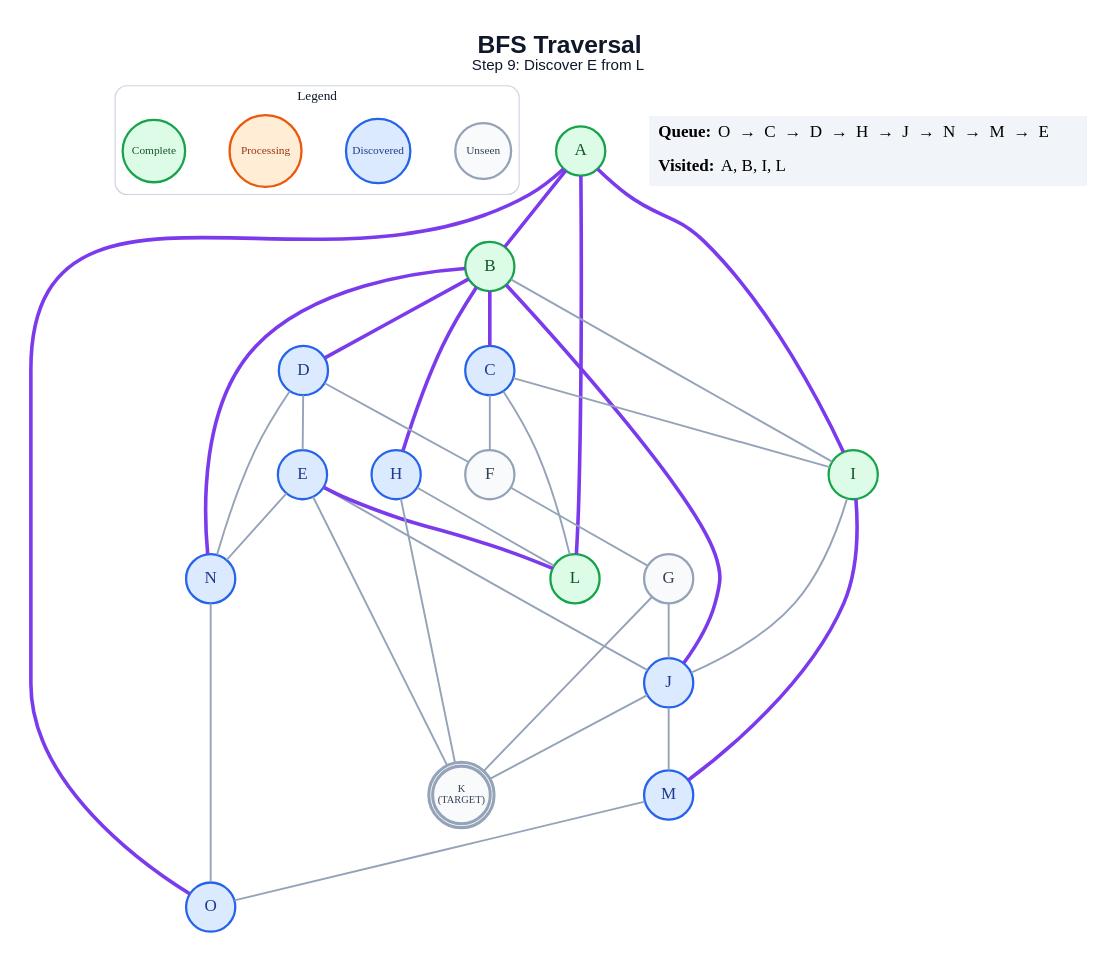
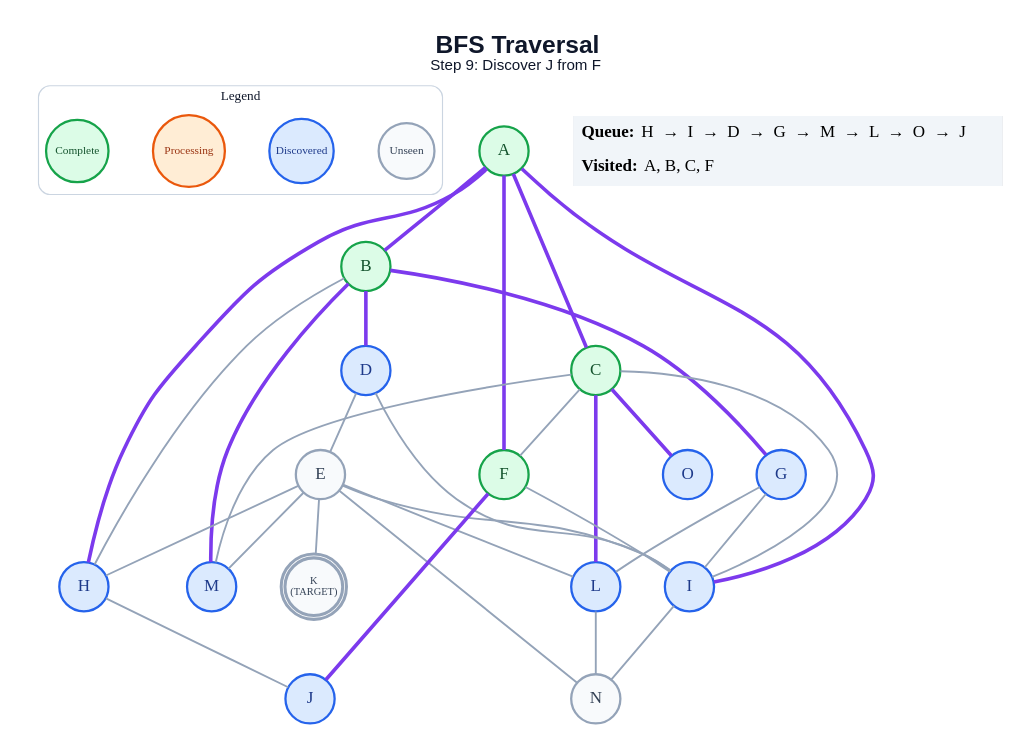
The diagram in generated/short-circuit/bfs/step_09.dot (anon7238593-create/ai-slop), drawn with Graphviz before and after one commit. The commit also changed 270 other files, not shown here.

```diff
--- a/generated/short-circuit/bfs/step_09.dot
+++ b/generated/short-circuit/bfs/step_09.dot
@@ -1,65 +1,63 @@
 graph traversal {
   graph [layout=dot, rankdir=TB, bgcolor="#FFFFFF", pad="0.35", nodesep="0.65", ranksep="0.8", fontname="Arial"];
   node [shape=circle, style="filled", fontname="Arial Bold", fontsize=18, width=0.72, fixedsize=true, penwidth=2.4];
   edge [color="#94A3B8", penwidth=2.0];
-  label=<<B>BFS Traversal</B><BR/><FONT POINT-SIZE="16">Step 9: Discover E from L</FONT>>; labelloc="t"; fontsize=26; fontname="Arial"; fontcolor="#0F172A";
+  label=<<B>BFS Traversal</B><BR/><FONT POINT-SIZE="16">Step 9: Discover J from F</FONT>>; labelloc="t"; fontsize=26; fontname="Arial"; fontcolor="#0F172A";
   subgraph cluster_legend { label="Legend"; color="#CBD5E1"; penwidth=1.2; style="rounded"; fontsize=14; fontname="Arial Bold";
     key_unseen [label="Unseen", fillcolor="#F8FAFC", color="#94A3B8", fontcolor="#334155", fontsize=12, width=0.82];
     key_frontier [label="Discovered", fillcolor="#DBEAFE", color="#2563EB", fontcolor="#1E3A8A", fontsize=12, width=0.95];
     key_current [label="Processing", fillcolor="#FFEDD5", color="#EA580C", fontcolor="#9A3412", fontsize=12, width=1.05];
     key_done [label="Complete", fillcolor="#DCFCE7", color="#16A34A", fontcolor="#14532D", fontsize=12, width=0.92];
     { rank=same; key_unseen; key_frontier; key_current; key_done; }
   }
   A [label="A", fillcolor="#DCFCE7", color="#16A34A", fontcolor="#14532D", peripheries=1, penwidth=2.4];
   B [label="B", fillcolor="#DCFCE7", color="#16A34A", fontcolor="#14532D", peripheries=1, penwidth=2.4];
-  C [label="C", fillcolor="#DBEAFE", color="#2563EB", fontcolor="#1E3A8A", peripheries=1, penwidth=2.4];
+  C [label="C", fillcolor="#DCFCE7", color="#16A34A", fontcolor="#14532D", peripheries=1, penwidth=2.4];
   D [label="D", fillcolor="#DBEAFE", color="#2563EB", fontcolor="#1E3A8A", peripheries=1, penwidth=2.4];
-  E [label="E", fillcolor="#DBEAFE", color="#2563EB", fontcolor="#1E3A8A", peripheries=1, penwidth=2.4];
-  F [label="F", fillcolor="#F8FAFC", color="#94A3B8", fontcolor="#334155", peripheries=1, penwidth=2.4];
-  G [label="G", fillcolor="#F8FAFC", color="#94A3B8", fontcolor="#334155", peripheries=1, penwidth=2.4];
+  E [label="E", fillcolor="#F8FAFC", color="#94A3B8", fontcolor="#334155", peripheries=1, penwidth=2.4];
+  F [label="F", fillcolor="#DCFCE7", color="#16A34A", fontcolor="#14532D", peripheries=1, penwidth=2.4];
+  G [label="G", fillcolor="#DBEAFE", color="#2563EB", fontcolor="#1E3A8A", peripheries=1, penwidth=2.4];
   H [label="H", fillcolor="#DBEAFE", color="#2563EB", fontcolor="#1E3A8A", peripheries=1, penwidth=2.4];
-  I [label="I", fillcolor="#DCFCE7", color="#16A34A", fontcolor="#14532D", peripheries=1, penwidth=2.4];
+  I [label="I", fillcolor="#DBEAFE", color="#2563EB", fontcolor="#1E3A8A", peripheries=1, penwidth=2.4];
   J [label="J", fillcolor="#DBEAFE", color="#2563EB", fontcolor="#1E3A8A", peripheries=1, penwidth=2.4];
   K [label="K\n(TARGET)", fillcolor="#F8FAFC", color="#94A3B8", fontcolor="#334155", peripheries=2, penwidth=3.2, fontsize=11, width=0.85, height=0.85];
-  L [label="L", fillcolor="#DCFCE7", color="#16A34A", fontcolor="#14532D", peripheries=1, penwidth=2.4];
+  L [label="L", fillcolor="#DBEAFE", color="#2563EB", fontcolor="#1E3A8A", peripheries=1, penwidth=2.4];
   M [label="M", fillcolor="#DBEAFE", color="#2563EB", fontcolor="#1E3A8A", peripheries=1, penwidth=2.4];
-  N [label="N", fillcolor="#DBEAFE", color="#2563EB", fontcolor="#1E3A8A", peripheries=1, penwidth=2.4];
+  N [label="N", fillcolor="#F8FAFC", color="#94A3B8", fontcolor="#334155", peripheries=1, penwidth=2.4];
   O [label="O", fillcolor="#DBEAFE", color="#2563EB", fontcolor="#1E3A8A", peripheries=1, penwidth=2.4];
   A -- B [color="#7C3AED", penwidth=3.8];
+  A -- C [color="#7C3AED", penwidth=3.8];
+  A -- F [color="#7C3AED", penwidth=3.8];
+  A -- H [color="#7C3AED", penwidth=3.8];
   A -- I [color="#7C3AED", penwidth=3.8];
-  A -- L [color="#7C3AED", penwidth=3.8];
-  A -- O [color="#7C3AED", penwidth=3.8];
-  B -- C [color="#7C3AED", penwidth=3.8];
   B -- D [color="#7C3AED", penwidth=3.8];
-  B -- H [color="#7C3AED", penwidth=3.8];
-  B -- I;
-  B -- J [color="#7C3AED", penwidth=3.8];
-  B -- N [color="#7C3AED", penwidth=3.8];
+  B -- G [color="#7C3AED", penwidth=3.8];
+  B -- H;
+  B -- M [color="#7C3AED", penwidth=3.8];
   C -- F;
   C -- I;
-  C -- L;
+  C -- L [color="#7C3AED", penwidth=3.8];
+  C -- M;
+  C -- O [color="#7C3AED", penwidth=3.8];
   D -- E;
-  D -- F;
-  D -- N;
-  E -- J;
+  D -- I;
+  E -- H;
+  E -- I;
   E -- K;
-  E -- L [color="#7C3AED", penwidth=3.8];
+  E -- L;
+  E -- M;
   E -- N;
-  F -- G;
-  G -- J;
-  G -- K;
-  H -- K;
-  H -- L;
-  I -- J;
-  I -- M [color="#7C3AED", penwidth=3.8];
-  J -- K;
-  J -- M;
-  M -- O;
-  N -- O;
+  F -- I;
+  F -- J [color="#7C3AED", penwidth=3.8];
+  G -- I;
+  G -- L;
+  H -- J;
+  I -- N;
+  L -- N;
   status [shape=plain, fixedsize=false, width=0, height=0, margin=0, label=<
     <TABLE BORDER="0" CELLBORDER="0" CELLPADDING="7" BGCOLOR="#F1F5F9">
-      <TR><TD ALIGN="LEFT"><B>Queue:</B> O  →  C  →  D  →  H  →  J  →  N  →  M  →  E</TD></TR>
-      <TR><TD ALIGN="LEFT"><B>Visited:</B> A, B, I, L</TD></TR>
+      <TR><TD ALIGN="LEFT"><B>Queue:</B> H  →  I  →  D  →  G  →  M  →  L  →  O  →  J</TD></TR>
+      <TR><TD ALIGN="LEFT"><B>Visited:</B> A, B, C, F</TD></TR>
     </TABLE>
   >];
 }
```
